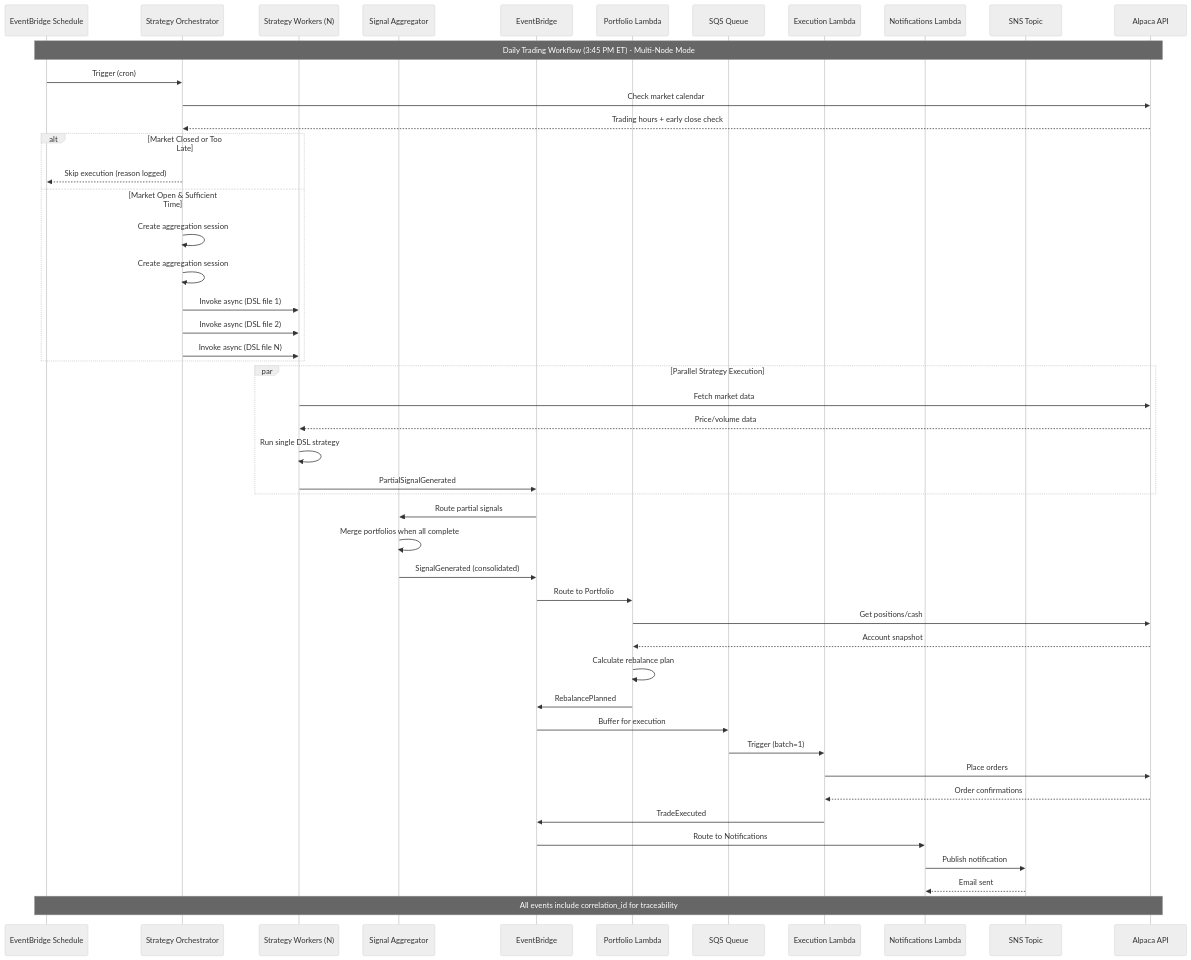
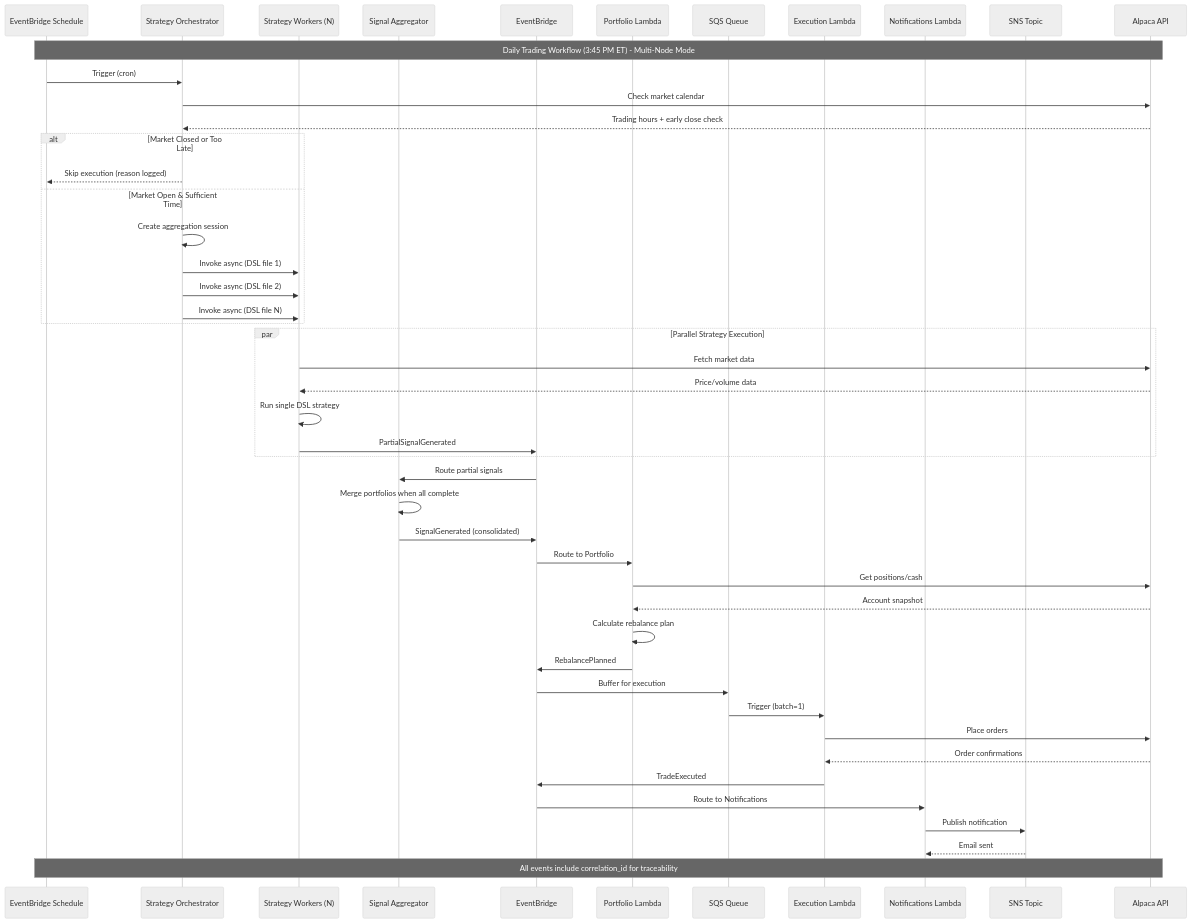
One commit to Josh-moreton/alchemiser-quant changed the second of 2 diagrams in README.md. Above: the diagram before and after it, drawn with Mermaid (neutral theme). The commit also changed 10 other files, not shown here.

````diff
--- a/README.md
+++ b/README.md
@@ -132,58 +132,57 @@
 ```mermaid
 sequenceDiagram
     participant Sched as EventBridge Schedule
     participant SO as Strategy Orchestrator
     participant SW as Strategy Workers (N)
     participant SA as Signal Aggregator
     participant EB as EventBridge
     participant P as Portfolio Lambda
     participant SQS as SQS Queue
     participant E as Execution Lambda
     participant N as Notifications Lambda
     participant SNS as SNS Topic
     participant A as Alpaca API
 
     Note over Sched,A: Daily Trading Workflow (3:45 PM ET) - Multi-Node Mode
 
     Sched->>SO: Trigger (cron)
     SO->>A: Check market calendar
     A-->>SO: Trading hours + early close check
     alt Market Closed or Too Late
         SO-->>Sched: Skip execution (reason logged)
     else Market Open & Sufficient Time
-        SO->>SO: Create aggregation session
         SO->>SO: Create aggregation session
         SO->>SW: Invoke async (DSL file 1)
         SO->>SW: Invoke async (DSL file 2)
         SO->>SW: Invoke async (DSL file N)
     end
     
     par Parallel Strategy Execution
         SW->>A: Fetch market data
         A-->>SW: Price/volume data
         SW->>SW: Run single DSL strategy
         SW->>EB: PartialSignalGenerated
     end
 
     EB->>SA: Route partial signals
     SA->>SA: Merge portfolios when all complete
     SA->>EB: SignalGenerated (consolidated)
 
     EB->>P: Route to Portfolio
     P->>A: Get positions/cash
     A-->>P: Account snapshot
     P->>P: Calculate rebalance plan
     P->>EB: RebalancePlanned
 
     EB->>SQS: Buffer for execution
     SQS->>E: Trigger (batch=1)
     E->>A: Place orders
     A-->>E: Order confirmations
     E->>EB: TradeExecuted
 
     EB->>N: Route to Notifications
     N->>SNS: Publish notification
     SNS-->>N: Email sent
 
     Note over Sched,A: All events include correlation_id for traceability
 ```
````
